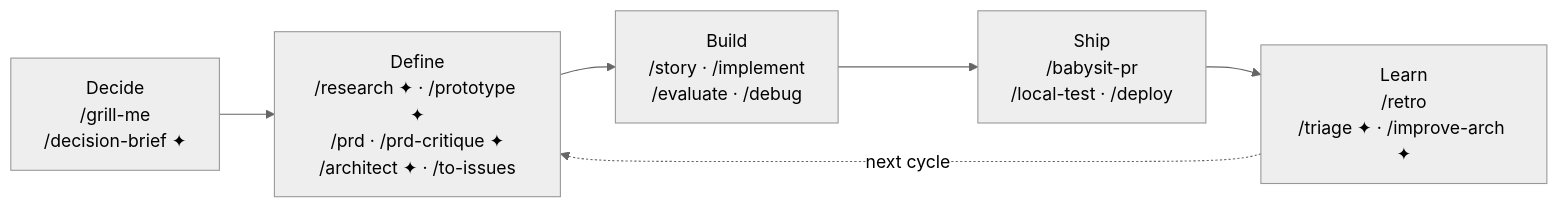
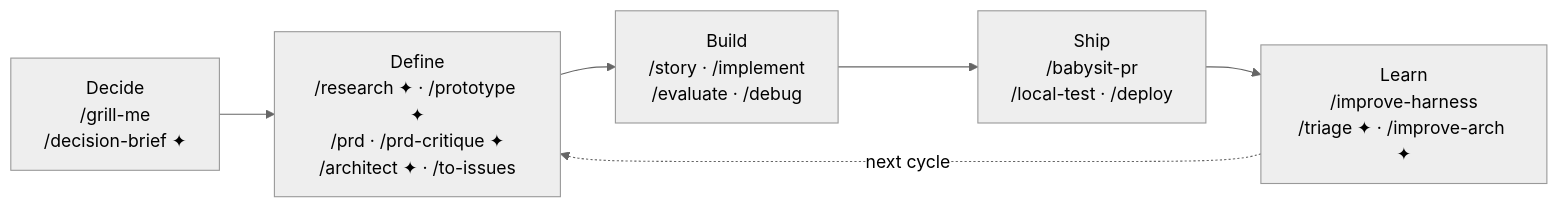
One commit to anudeeps28/claude-code-harness changed the diagram in README.md. Above: the diagram before and after it, drawn with Mermaid (neutral theme). The commit also changed other lines of this file and 6 other files, not shown here.

First line of the commit message:
refactor: rename /retro to /improve-harness

````diff
--- a/README.md
+++ b/README.md
@@ -68,11 +68,11 @@
 ```mermaid
 flowchart LR
     P0["Decide<br/>/grill-me<br/>/decision-brief ✦"]
     P1["Define<br/>/research ✦ · /prototype ✦<br/>/prd · /prd-critique ✦<br/>/architect ✦ · /to-issues"]
     P2["Build<br/>/story · /implement<br/>/evaluate · /debug"]
     P3["Ship<br/>/babysit-pr<br/>/local-test · /deploy"]
-    P4["Learn<br/>/retro<br/>/triage ✦ · /improve-arch ✦"]
+    P4["Learn<br/>/improve-harness<br/>/triage ✦ · /improve-arch ✦"]
 
     P0 --> P1 --> P2 --> P3 --> P4
     P4 -.->|"next cycle"| P1
 ```
````
